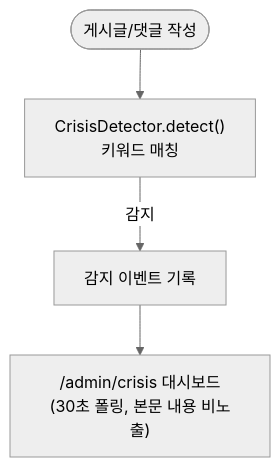
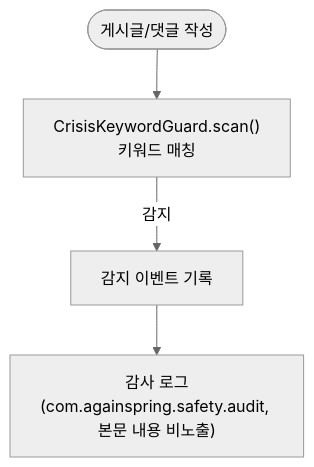
The first of 2 diagrams in docs/frontend/60-runtime/flows/08-crisis.md (Justant-source/Again-Spring), drawn with Mermaid (neutral theme) before and after one commit. The commit also changed other lines of this file and 17 other files, not shown here.

````diff
--- a/docs/frontend/60-runtime/flows/08-crisis.md
+++ b/docs/frontend/60-runtime/flows/08-crisis.md
@@ -38,6 +37,6 @@
 ```mermaid
 flowchart TD
-    Post(["게시글/댓글 작성"]) --> Detect["CrisisDetector.detect()\n키워드 매칭"]
+    Post(["게시글/댓글 작성"]) --> Detect["CrisisKeywordGuard.scan()\n키워드 매칭"]
     Detect -->|"감지"| Log["감지 이벤트 기록"]
-    Log --> AdminCrisis["/admin/crisis 대시보드\n(30초 폴링, 본문 내용 비노출)"]
+    Log --> AdminCrisis["감사 로그\n(com.againspring.safety.audit, 본문 내용 비노출)"]
 ```
````
